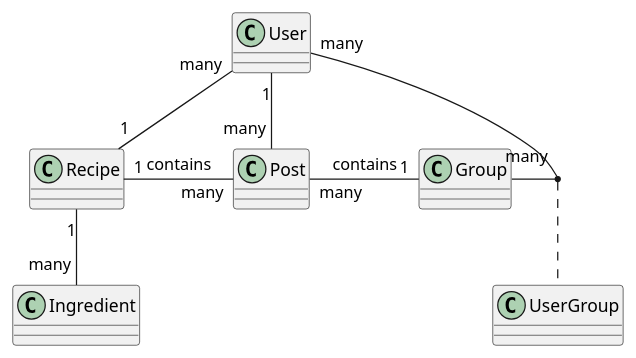
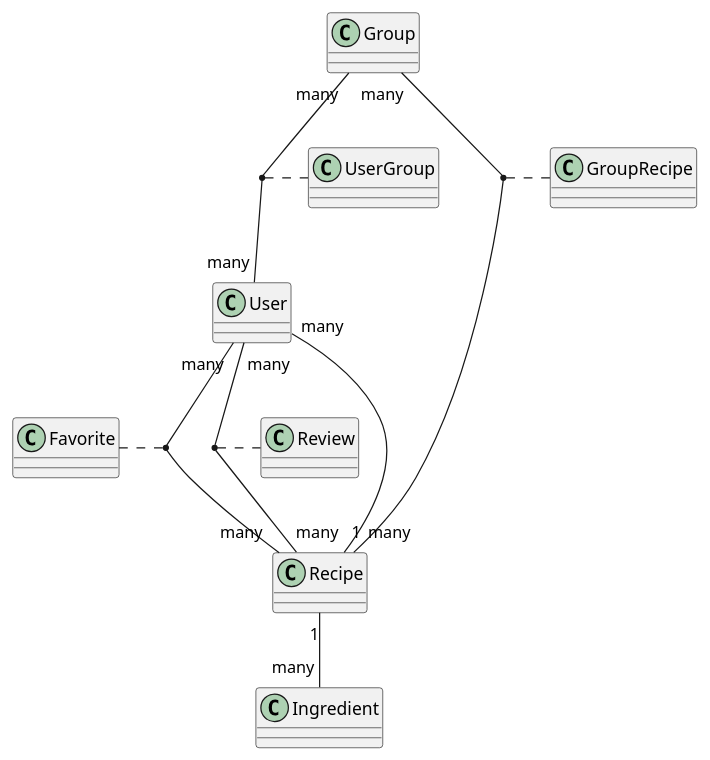
Before and after one commit to PabloSKlein/receitar-io: the diagram in backend/class-diagram.puml, drawn with PlantUML. The commit also changed 2 other files, not shown here.

```diff
--- a/backend/class-diagram.puml
+++ b/backend/class-diagram.puml
@@ -1,26 +1,34 @@
 @startuml
 
 class Recipe
 
 class Ingredient
-
-class Post
 
 class User
 
 class UserGroup
 
 class Group
 
+class GroupRecipe
+
+class Favorite
+
 Recipe "1" -- "many" Ingredient
+
 User "many" -- "1" Recipe
 
-Group "many" -right- "many" User
+User "many" -- "many" Recipe
+(User, Recipe) .. Favorite
+
+User "many" -- "many" Recipe
+(User, Recipe) .. Review
+
+Group "many" -- "many" User
 (User, Group) .. UserGroup
 
-Post "many" -left- "1" Recipe : contains
-Post "many" -right- "1" Group : contains
-Post "many" -up- "1" User
+Group "many" -- "many" Recipe
+(Recipe, Group) .. GroupRecipe
 
 
 @enduml
```
